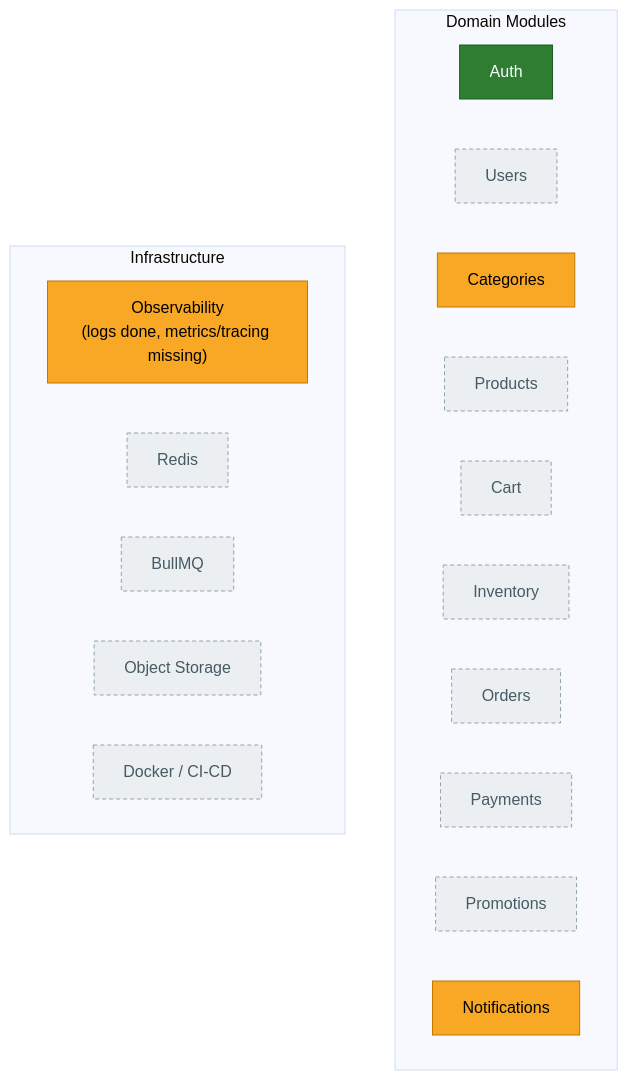
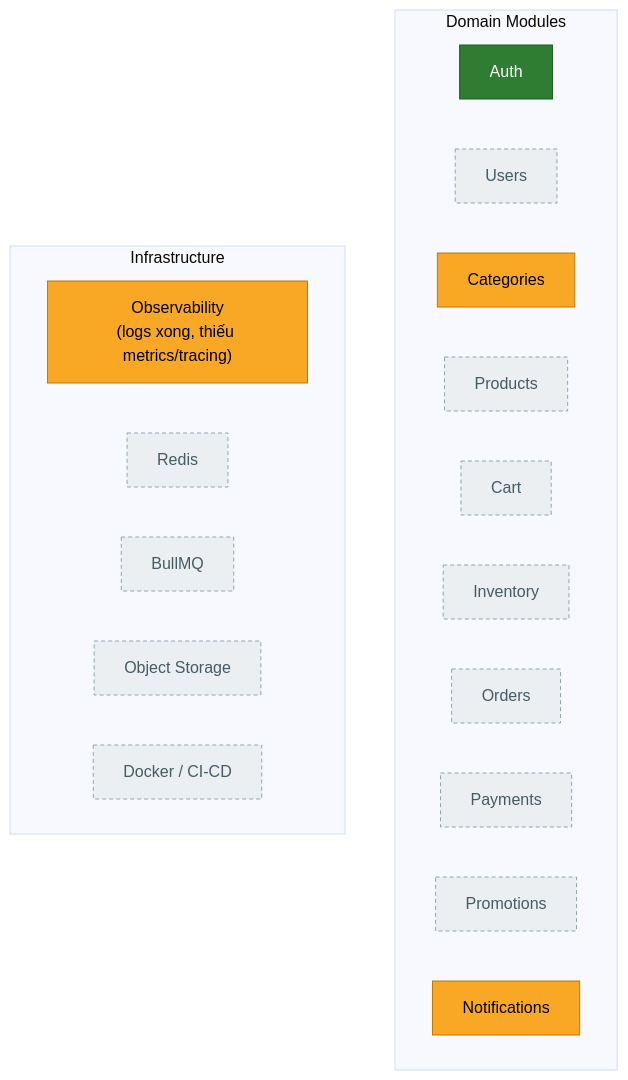
The first of 16 diagrams in doc/ecommerce-backend-architecture-system-design-2.md (LuongCongThanh/be-demo), drawn with Mermaid (base theme) before and after one commit. The commit also changed other lines of this file and 9 other files, not shown here.

````diff
--- a/doc/ecommerce-backend-architecture-system-design-2.md
+++ b/doc/ecommerce-backend-architecture-system-design-2.md
@@ -54,32 +45,32 @@
 ```mermaid
 flowchart TB
     subgraph Domain["Domain Modules"]
         Auth["Auth"]
         Users["Users"]
         Categories["Categories"]
         Products["Products"]
         Cart["Cart"]
         Inventory["Inventory"]
         Orders["Orders"]
         Payments["Payments"]
         Promotions["Promotions"]
         Notifications["Notifications"]
     end
 
     subgraph Infra["Infrastructure"]
-        Observability["Observability<br/>(logs done, metrics/tracing missing)"]
+        Observability["Observability<br/>(logs xong, thiếu metrics/tracing)"]
         Redis["Redis"]
         Queue["BullMQ"]
         Storage["Object Storage"]
         DockerCI["Docker / CI-CD"]
     end
 
     classDef done fill:#2e7d32,color:#fff,stroke:#1b5e20;
     classDef partial fill:#f9a825,color:#000,stroke:#c17900;
     classDef missing fill:#eceff1,color:#455a64,stroke:#90a4ae,stroke-dasharray: 4 3;
 
     class Auth done;
     class Categories,Notifications,Observability partial;
     class Users,Products,Cart,Inventory,Orders,Payments,Promotions missing;
     class Redis,Queue,Storage,DockerCI missing;
 ```
````
